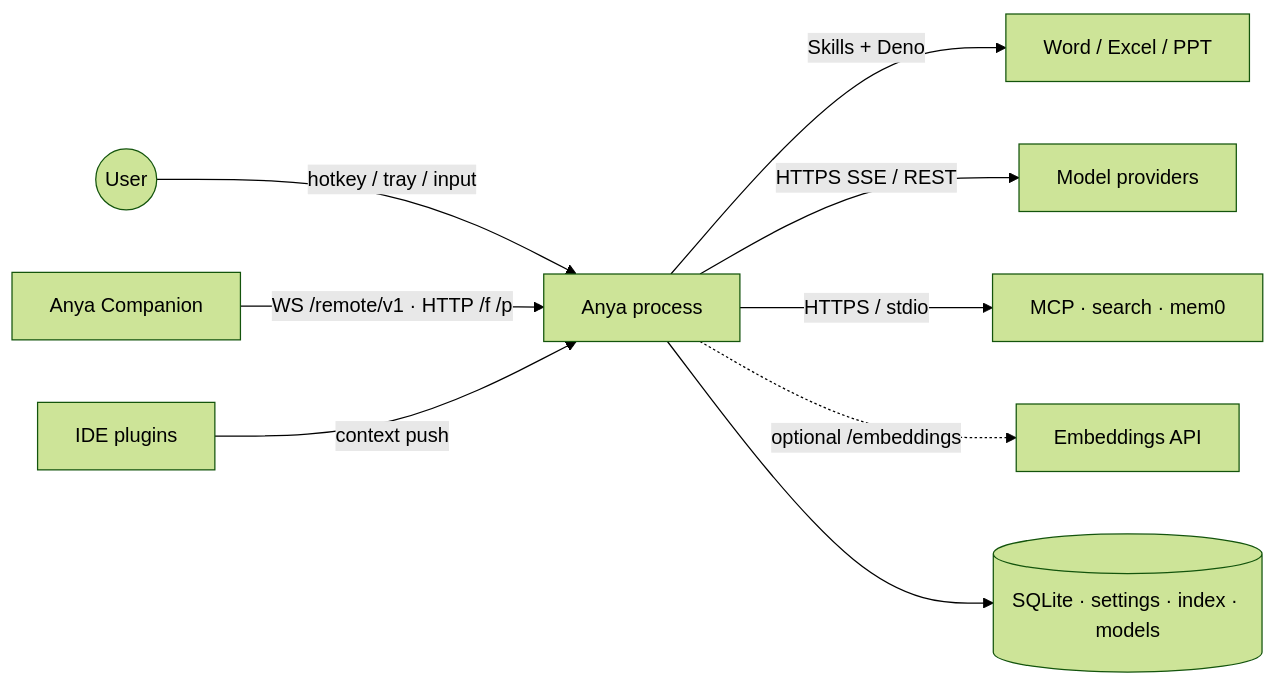
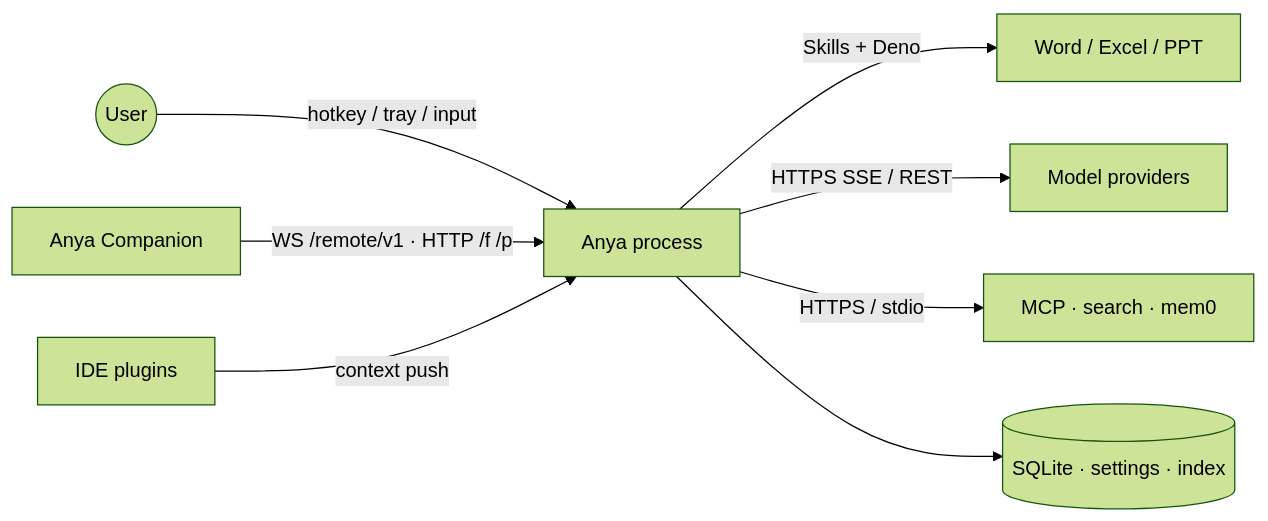
The first of 18 diagrams in docs/architecture-overview.md (rururunu/Anya), drawn with Mermaid (forest theme) before and after one commit. The commit also changed other lines of this file and 173 other files, not shown here.

````diff
--- a/docs/architecture-overview.md
+++ b/docs/architecture-overview.md
@@ -50,11 +50,10 @@
 ```mermaid
 flowchart LR
   User((User)) -->|hotkey / tray / input| Host[Anya process]
   Phone[Anya Companion] -->|WS /remote/v1 · HTTP /f /p| Host
   IDE[IDE plugins] -->|context push| Host
   Host -->|Skills + Deno| Office[Word / Excel / PPT]
   Host -->|HTTPS SSE / REST| LLM[Model providers]
   Host -->|HTTPS / stdio| Aux[MCP · search · mem0]
-  Host -.->|optional /embeddings| Emb[Embeddings API]
-  Host --> Disk[(SQLite · settings · index · models)]
+  Host --> Disk[(SQLite · settings · index)]
 ```
````
